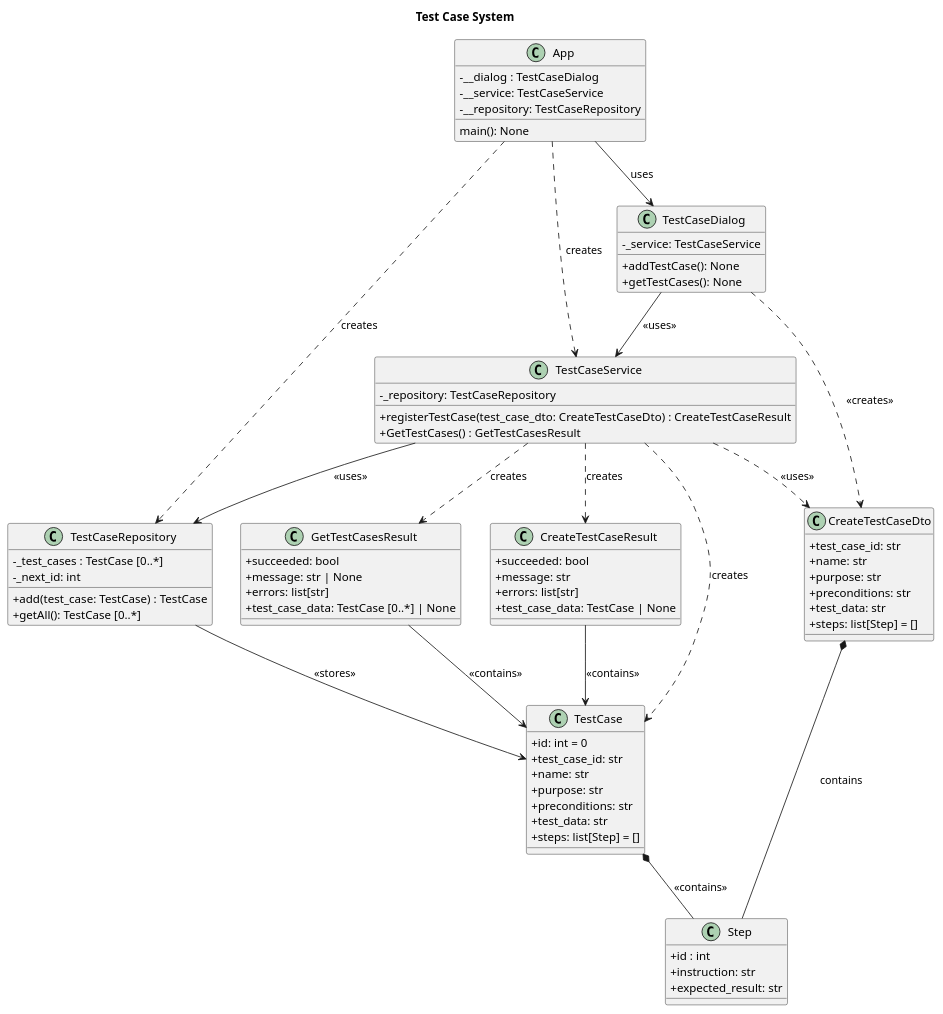
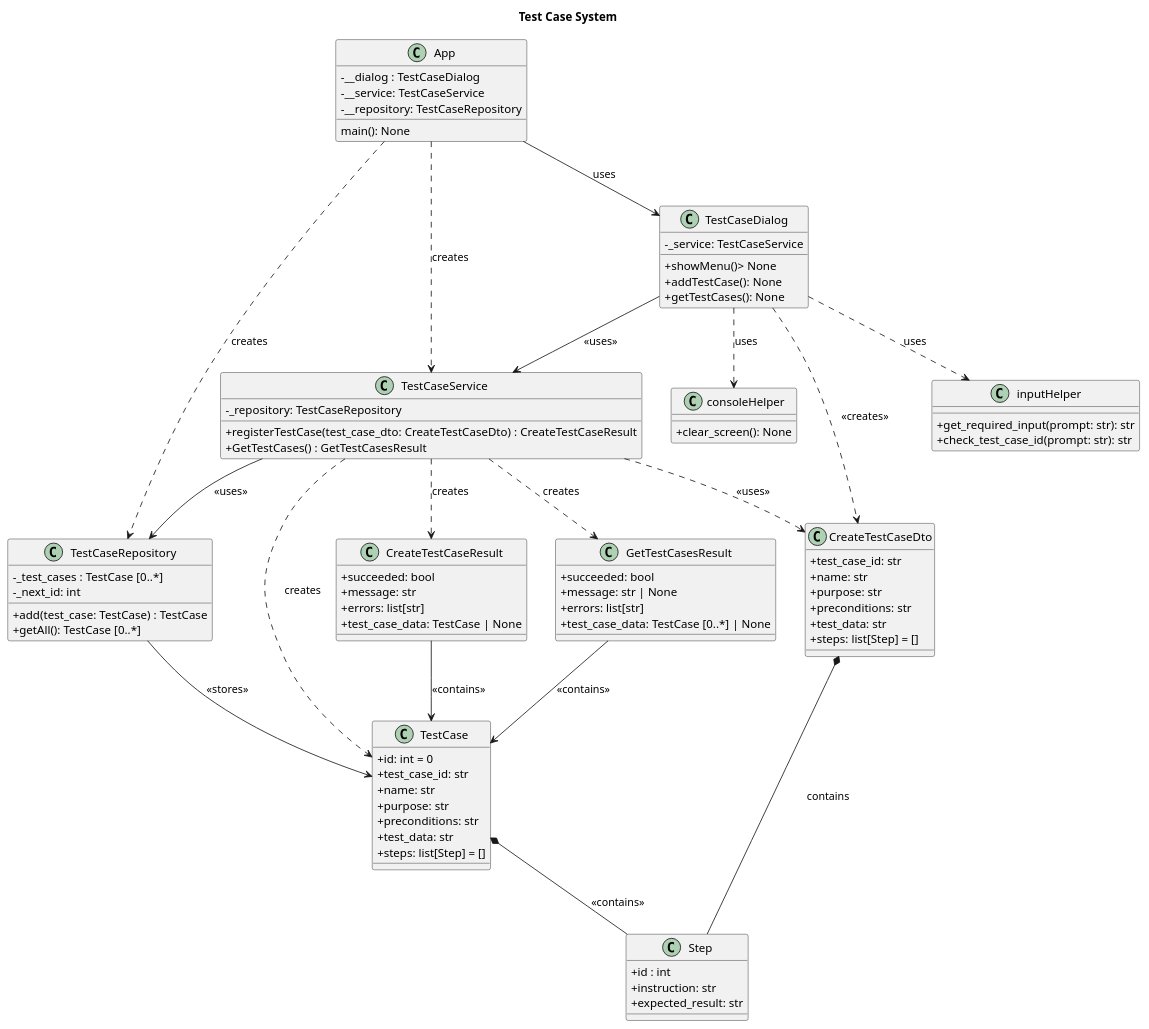
One commit to elhammmi/assignment1-diagrams changed the diagram in class-diagram.puml. Above: the diagram before and after it, drawn with PlantUML. The commit also changed 4 other files, not shown here.

Commit message:
complete the diagrams

```diff
--- a/class-diagram.puml
+++ b/class-diagram.puml
@@ -1,98 +1,111 @@
 @startuml classdiagram
 title Test Case System
 skinparam classAttributeIconSize 0
 
 class TestCase{
     + id: int = 0
     + test_case_id: str
     + name: str
     + purpose: str
     + preconditions: str
     + test_data: str
     + steps: list[Step] = []
 }
 
 class Step{
     + id : int
     + instruction: str
     + expected_result: str
 }
 
 class CreateTestCaseDto{
     + test_case_id: str
     + name: str
     + purpose: str
     + preconditions: str
     + test_data: str
     + steps: list[Step] = []
 }
 
 class CreateTestCaseResult{
     + succeeded: bool
     + message: str
     + errors: list[str]
     + test_case_data: TestCase | None
 
 }
 
 class GetTestCasesResult{
     + succeeded: bool
     + message: str | None
     + errors: list[str]
     + test_case_data: TestCase [0..*] | None
 
 }
 
 class TestCaseRepository{
     - _test_cases : TestCase [0..*]
     - _next_id: int
     + add(test_case: TestCase) : TestCase
     + getAll(): TestCase [0..*]
 }
 
 class TestCaseService{
     - _repository: TestCaseRepository
     + registerTestCase(test_case_dto: CreateTestCaseDto) : CreateTestCaseResult
     + GetTestCases() : GetTestCasesResult
 
 }
 
 class TestCaseDialog{
     - _service: TestCaseService
+    + showMenu()> None
     + addTestCase(): None
     + getTestCases(): None
 }
 
 class App{
     - __dialog : TestCaseDialog
     - __service: TestCaseService
     - __repository: TestCaseRepository
     main(): None
 }
 
+class inputHelper {
+        +get_required_input(prompt: str): str
+        +check_test_case_id(prompt: str): str
+}
+
+class consoleHelper{
+        +clear_screen(): None
+}
 
 TestCase *-- Step : <<contains>>
 CreateTestCaseDto  *-- Step : contains
 
 CreateTestCaseResult  --> TestCase : <<contains>>
 GetTestCasesResult --> TestCase : <<contains>>
 
 
 TestCaseDialog ..> CreateTestCaseDto  : <<creates>>
 TestCaseDialog --> TestCaseService : <<uses>>
+TestCaseDialog ..> inputHelper: uses
+TestCaseDialog ..> consoleHelper : uses
 
 TestCaseService --> TestCaseRepository : <<uses>>
 TestCaseService ..> CreateTestCaseResult : creates
 TestCaseService ..> GetTestCasesResult : creates
 TestCaseService ..> CreateTestCaseDto  : <<uses>>
 TestCaseService ..> TestCase : creates
 
 TestCaseRepository --> TestCase : <<stores>>
 
 App --> TestCaseDialog : uses
 App ..> TestCaseService : creates
 App ..> TestCaseRepository : creates
 
 
 
+
+
 @enduml
```
